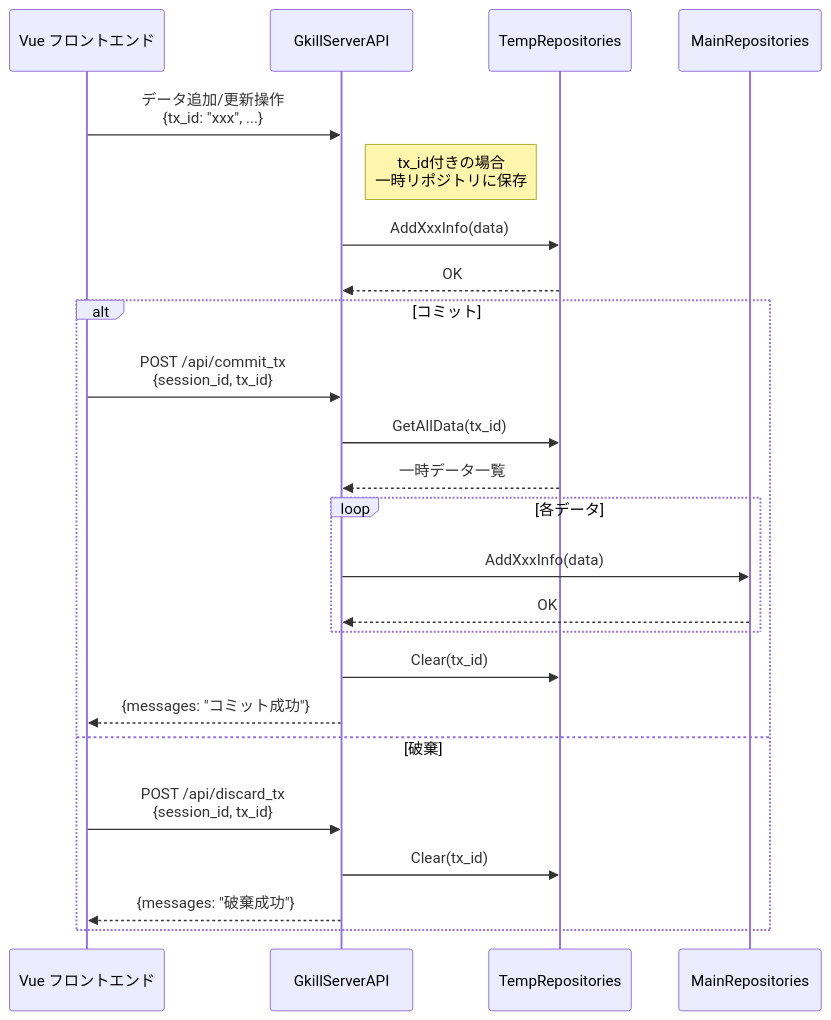
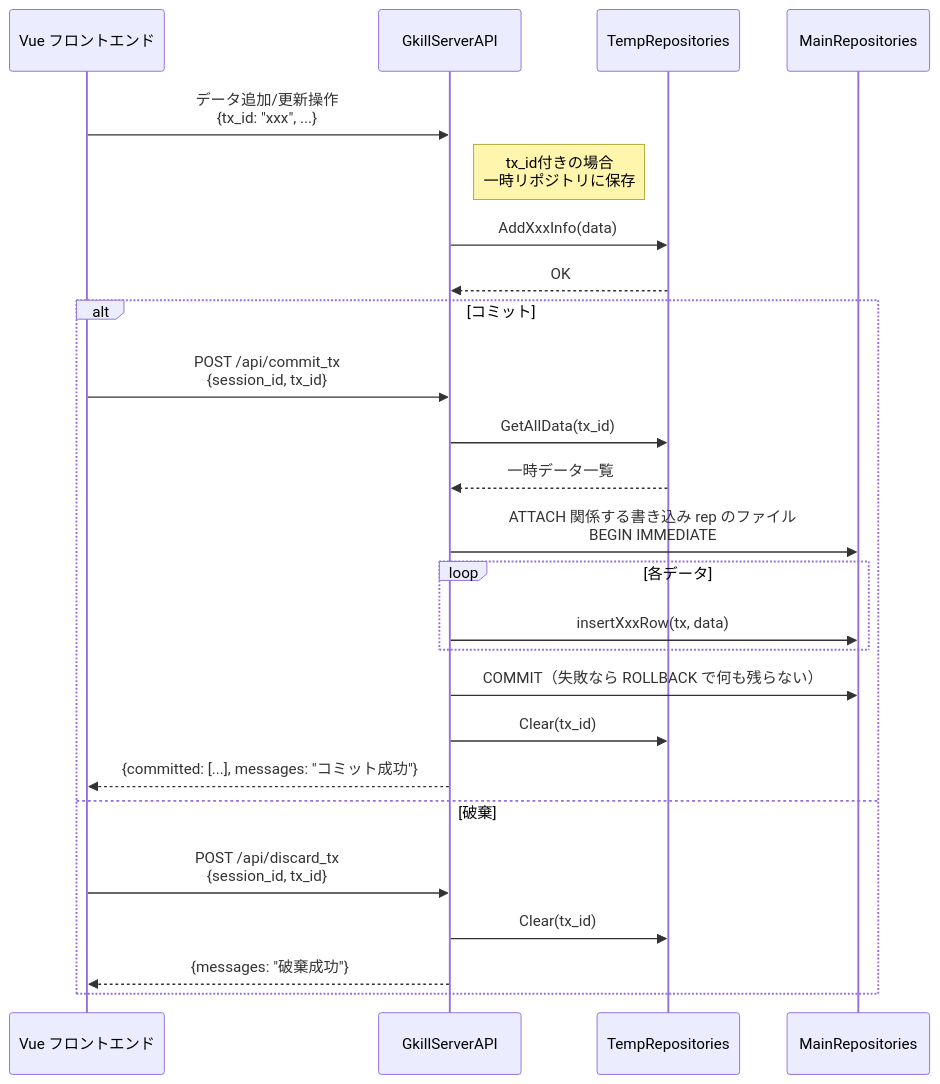
One commit to mt3hr/gkill changed diagram 19 of 29 in documents/reverse/sequence-diagrams.md. Above: the diagram before and after it, drawn with Mermaid. The commit also changed other lines of this file and 148 other files, not shown here.

````diff
--- a/documents/reverse/sequence-diagrams.md
+++ b/documents/reverse/sequence-diagrams.md
@@ -685,28 +685,29 @@
 ```mermaid
 sequenceDiagram
     participant UI as Vue フロントエンド
     participant API as GkillServerAPI
     participant TempReps as TempRepositories
     participant MainReps as MainRepositories
 
     UI->>API: データ追加/更新操作<br>{tx_id: "xxx", ...}
     Note right of API: tx_id付きの場合<br>一時リポジトリに保存
     API->>TempReps: AddXxxInfo(data)
     TempReps-->>API: OK
 
     alt コミット
         UI->>API: POST /api/commit_tx<br>{session_id, tx_id}
         API->>TempReps: GetAllData(tx_id)
         TempReps-->>API: 一時データ一覧
+        API->>MainReps: ATTACH 関係する書き込み rep のファイル<br>BEGIN IMMEDIATE
         loop 各データ
-            API->>MainReps: AddXxxInfo(data)
-            MainReps-->>API: OK
+            API->>MainReps: insertXxxRow(tx, data)
         end
+        API->>MainReps: COMMIT（失敗なら ROLLBACK で何も残らない）
         API->>TempReps: Clear(tx_id)
-        API-->>UI: {messages: "コミット成功"}
+        API-->>UI: {committed: [...], messages: "コミット成功"}
     else 破棄
         UI->>API: POST /api/discard_tx<br>{session_id, tx_id}
         API->>TempReps: Clear(tx_id)
         API-->>UI: {messages: "破棄成功"}
     end
 ```
````
